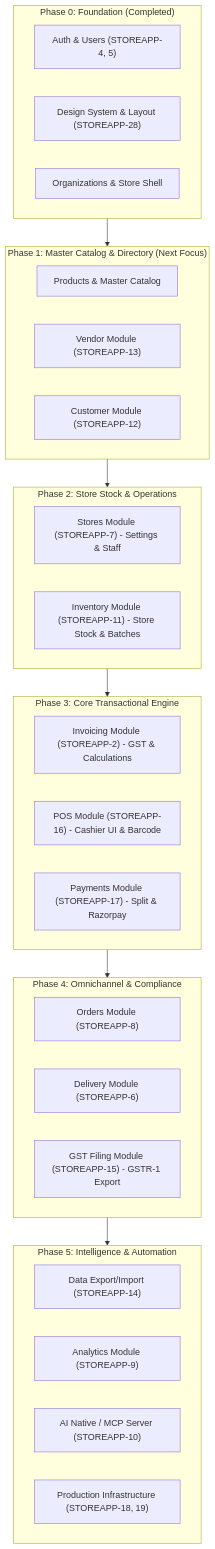
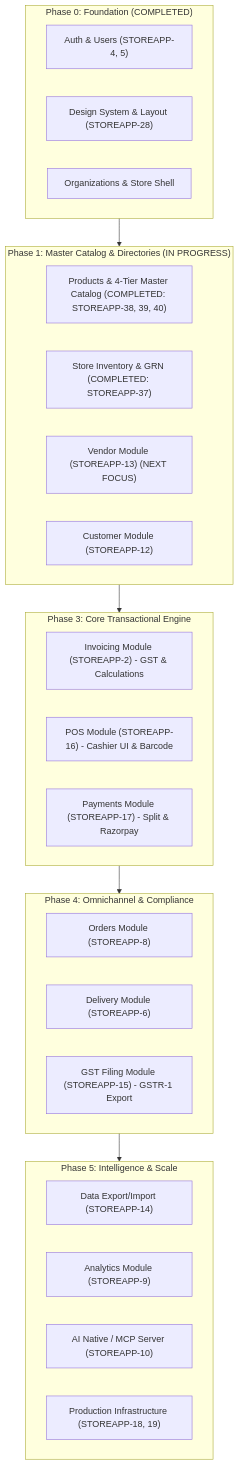
The diagram in docs/implementation_roadmap_and_module_requirements.md (kartset/store-app), drawn with Mermaid before and after one commit. The commit also changed other lines of this file and 2 other files, not shown here.

Commit message:
STOREAPP-41: docs: update db architecture, backend design decisions, and roadmap

````diff
--- a/docs/implementation_roadmap_and_module_requirements.md
+++ b/docs/implementation_roadmap_and_module_requirements.md
@@ -16,44 +16,39 @@
 ```mermaid
 flowchart TD
-    subgraph P0 ["Phase 0: Foundation (Completed)"]
+    subgraph P0 ["Phase 0: Foundation (COMPLETED)"]
         AUTH["Auth & Users (STOREAPP-4, 5)"]
         UI["Design System & Layout (STOREAPP-28)"]
         BASE["Organizations & Store Shell"]
     end
 
-    subgraph P1 ["Phase 1: Master Catalog & Directory (Next Focus)"]
-        PROD["Products & Master Catalog"]
-        VEND["Vendor Module (STOREAPP-13)"]
+    subgraph P1 ["Phase 1: Master Catalog & Directories (IN PROGRESS)"]
+        PROD["Products & 4-Tier Master Catalog (COMPLETED: STOREAPP-38, 39, 40)"]
+        INV["Store Inventory & GRN (COMPLETED: STOREAPP-37)"]
+        VEND["Vendor Module (STOREAPP-13) (NEXT FOCUS)"]
         CUST["Customer Module (STOREAPP-12)"]
-    end
-
-    subgraph P2 ["Phase 2: Store Stock & Operations"]
-        STORE_EXT["Stores Module (STOREAPP-7) - Settings & Staff"]
-        INV["Inventory Module (STOREAPP-11) - Store Stock & Batches"]
     end
 
     subgraph P3 ["Phase 3: Core Transactional Engine"]
         INVOICE["Invoicing Module (STOREAPP-2) - GST & Calculations"]
         POS["POS Module (STOREAPP-16) - Cashier UI & Barcode"]
         PAY["Payments Module (STOREAPP-17) - Split & Razorpay"]
     end
 
     subgraph P4 ["Phase 4: Omnichannel & Compliance"]
         ORDERS["Orders Module (STOREAPP-8)"]
         DELIVERY["Delivery Module (STOREAPP-6)"]
         GST["GST Filing Module (STOREAPP-15) - GSTR-1 Export"]
     end
 
-    subgraph P5 ["Phase 5: Intelligence & Automation"]
+    subgraph P5 ["Phase 5: Intelligence & Scale"]
         ETL["Data Export/Import (STOREAPP-14)"]
         ANALYTICS["Analytics Module (STOREAPP-9)"]
         MCP["AI Native / MCP Server (STOREAPP-10)"]
         DEPLOY["Production Infrastructure (STOREAPP-18, 19)"]
     end
 
     P0 --> P1
-    P1 --> P2
-    P2 --> P3
+    P1 --> P3
     P3 --> P4
     P4 --> P5
 ```
````
